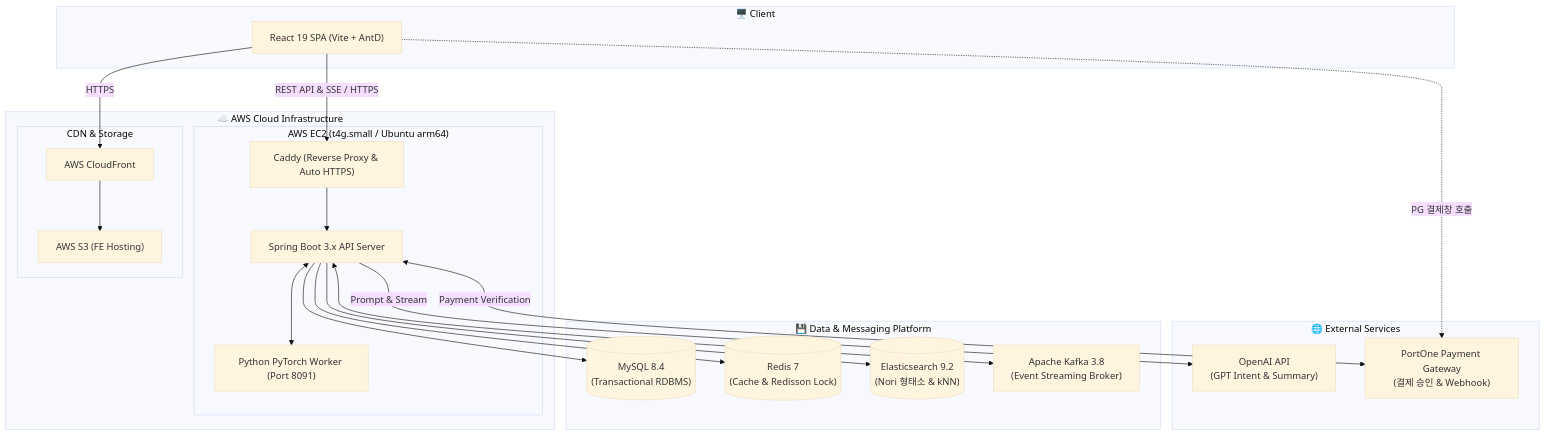
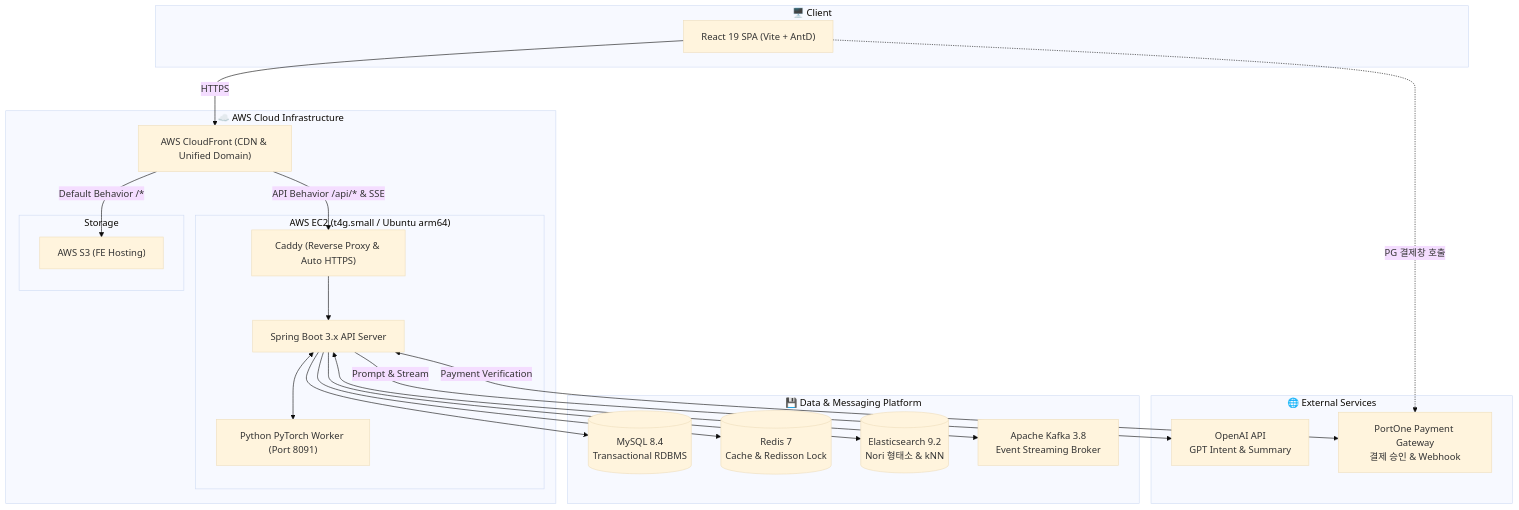
One commit to sparta-final-4/take-care-of-my-fridge changed the diagram in README.md. Above: the diagram before and after it, drawn with Mermaid (base theme). The commit also changed other lines of this file, not shown here.

````diff
--- a/README.md
+++ b/README.md
@@ -143,47 +142,53 @@
 ```mermaid
 flowchart TD
     subgraph Client["🖥️ Client"]
         Browser["React 19 SPA (Vite + AntD)"]
     end
 
     subgraph AWS["☁️ AWS Cloud Infrastructure"]
-        subgraph CDN["CDN & Storage"]
-            CF["AWS CloudFront"]
+        CF["AWS CloudFront (CDN & Unified Domain)"]
+
+        subgraph Storage["Storage"]
             S3["AWS S3 (FE Hosting)"]
-            CF --> S3
         end
 
         subgraph Server["AWS EC2 (t4g.small / Ubuntu arm64)"]
             ReverseProxy["Caddy (Reverse Proxy & Auto HTTPS)"]
             App["Spring Boot 3.x API Server"]
             Worker["Python PyTorch Worker (Port 8091)"]
             
             ReverseProxy --> App
             App <--> Worker
         end
     end
 
     subgraph DataStores["💾 Data & Messaging Platform"]
-        MySQL[("MySQL 8.4<br/>(Transactional RDBMS)")]
-        Redis[("Redis 7<br/>(Cache & Redisson Lock)")]
-        ES[("Elasticsearch 9.2<br/>(Nori 형태소 & kNN)")]
-        Kafka["Apache Kafka 3.8<br/>(Event Streaming Broker)"]
+        MySQL[("MySQL 8.4<br/>Transactional RDBMS")]
+        Redis[("Redis 7<br/>Cache & Redisson Lock")]
+        ES[("Elasticsearch 9.2<br/>Nori 형태소 & kNN")]
+        Kafka["Apache Kafka 3.8<br/>Event Streaming Broker"]
     end
 
     subgraph External["🌐 External Services"]
-        OpenAI["OpenAI API<br/>(GPT Intent & Summary)"]
-        PortOne["PortOne Payment Gateway<br/>(결제 승인 & Webhook)"]
+        OpenAI["OpenAI API<br/>GPT Intent & Summary"]
+        PortOne["PortOne Payment Gateway<br/>결제 승인 & Webhook"]
     end
 
+    %% Client Routing
     Browser -->|HTTPS| CF
-    Browser -->|REST API & SSE / HTTPS| ReverseProxy
     
+    %% CloudFront Origins
+    CF -->|"Default Behavior /*"| S3
+    CF -->|"API Behavior /api/* & SSE"| ReverseProxy
+    
+    %% Application Connections
     App --> MySQL
     App --> Redis
     App --> ES
     App <--> Kafka
     
-    App -->|Prompt & Stream| OpenAI
-    App <-->|Payment Verification| PortOne
-    Browser -.->|PG 결제창 호출| PortOne
+    %% External Connections
+    App -->|"Prompt & Stream"| OpenAI
+    App <-->|"Payment Verification"| PortOne
+    Browser -.->|"PG 결제창 호출"| PortOne
 ```
````
